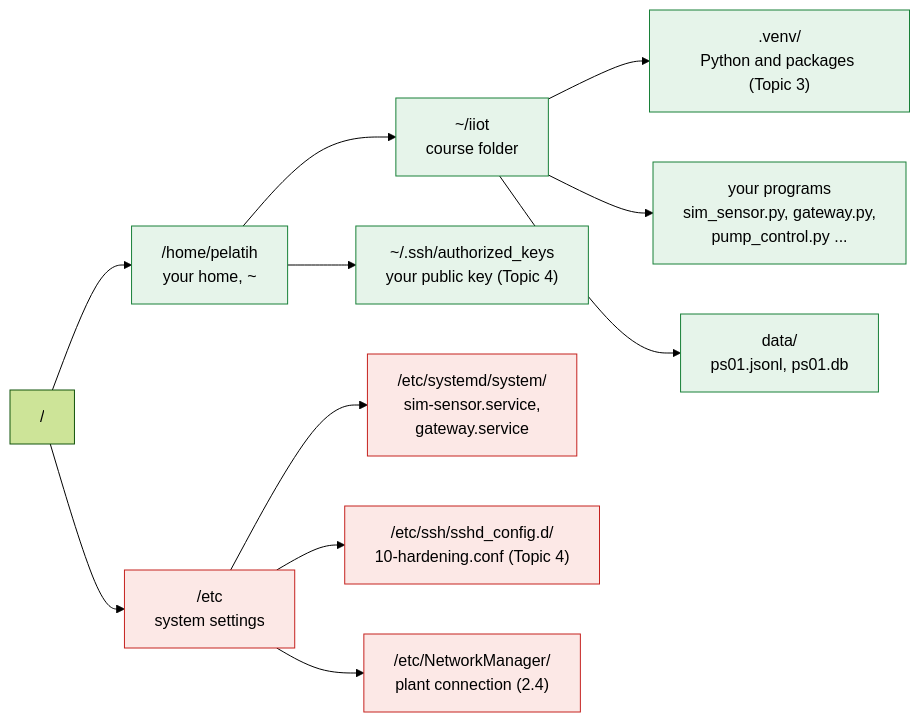
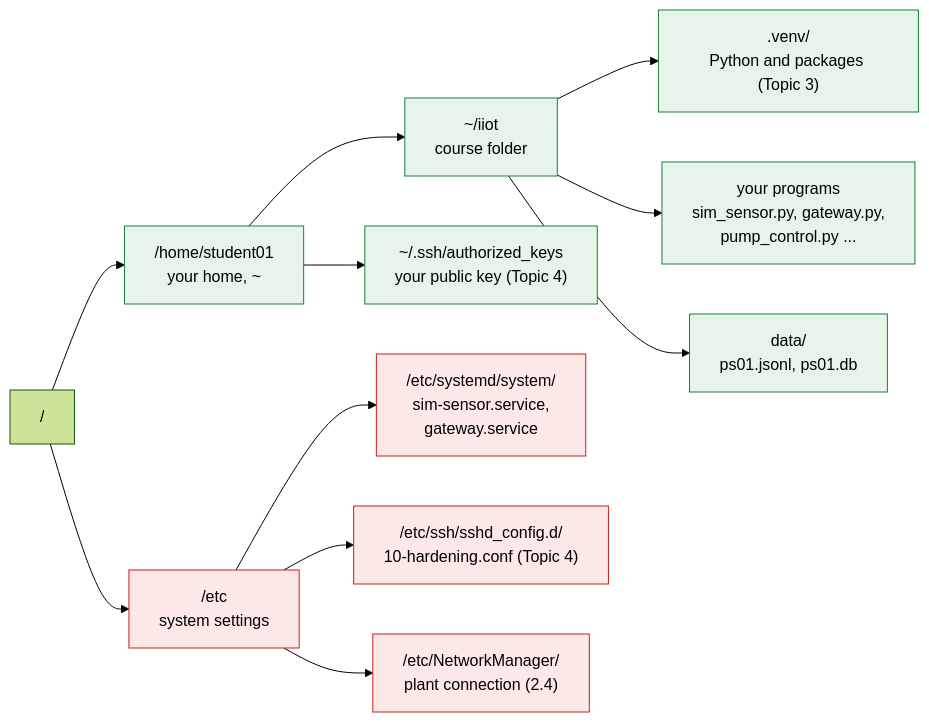
Before and after one commit to luqmanyusof/industrial-iot-raspberry-pi: the first of 14 diagrams in day1.md, drawn with Mermaid (forest theme). The commit also changed other lines of this file and 17 other files, not shown here.

````diff
--- a/day1.md
+++ b/day1.md
@@ -278,17 +280,17 @@
 ```mermaid
 flowchart LR
-    root["/"] --> home["/home/pelatih<br/>your home, ~"]
+    root["/"] --> home["/home/student01<br/>your home, ~"]
     root --> etc["/etc<br/>system settings"]
     home --> iiot["~/iiot<br/>course folder"]
     home --> keys["~/.ssh/authorized_keys<br/>your public key (Topic 4)"]
     iiot --> venv[".venv/<br/>Python and packages (Topic 3)"]
     iiot --> code["your programs<br/>sim_sensor.py, gateway.py,<br/>pump_control.py ..."]
     iiot --> data["data/<br/>ps01.jsonl, ps01.db"]
     etc --> sysd["/etc/systemd/system/<br/>sim-sensor.service,<br/>gateway.service"]
     etc --> sshcfg["/etc/ssh/sshd_config.d/<br/>10-hardening.conf (Topic 4)"]
     etc --> nm["/etc/NetworkManager/<br/>plant connection (2.4)"]
     classDef yours fill:#e6f4ea,stroke:#188038,color:#000
     classDef sys fill:#fce8e6,stroke:#c5221f,color:#000
     class home,iiot,keys,venv,code,data yours
     class etc,sysd,sshcfg,nm sys
 ```
````
